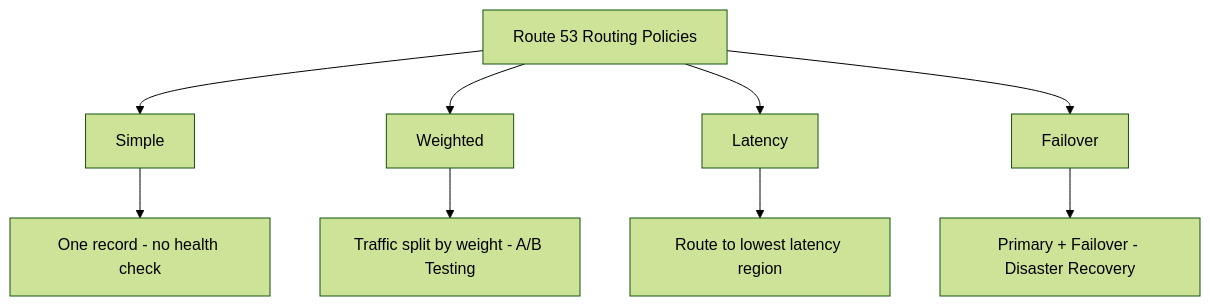
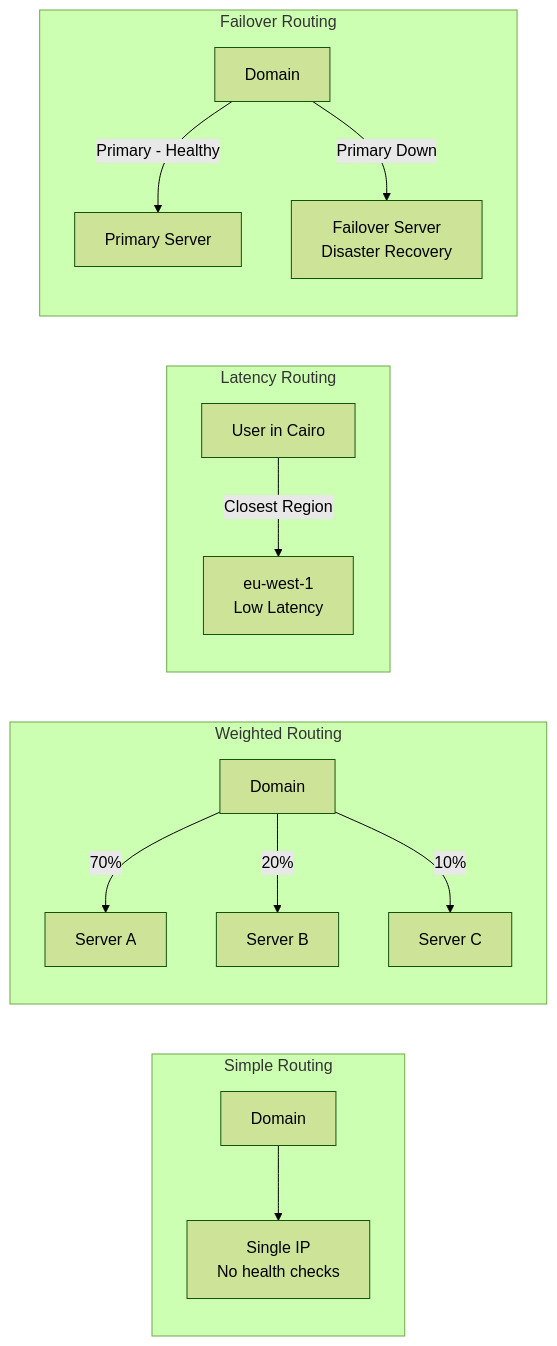
Diagram 12 of 20 in Aws practitioner/aws_domain1_cloud_concepts.md (muhammad-khaled-tech/My-Study-Notes), drawn with Mermaid (forest theme) before and after one commit. The commit also changed other lines of this file and 3 other files, not shown here.

````diff
--- a/Aws practitioner/aws_domain1_cloud_concepts.md
+++ b/Aws practitioner/aws_domain1_cloud_concepts.md
@@ -656,11 +601,18 @@
 ```mermaid
-graph TD
-    A[Route 53 Routing Policies] --> B[Simple]
-    A --> C[Weighted]
-    A --> D[Latency]
-    A --> E[Failover]
-    B --> B1[One record - no health check]
-    C --> C1[Traffic split by weight - A/B Testing]
-    D --> D1[Route to lowest latency region]
-    E --> E1[Primary + Failover - Disaster Recovery]
+flowchart LR
+    subgraph Simple["Simple Routing"]
+        S1[Domain] --> S2[Single IP<br/>No health checks]
+    end
+    subgraph Weighted["Weighted Routing"]
+        W1[Domain] -->|70%| W2[Server A]
+        W1 -->|20%| W3[Server B]
+        W1 -->|10%| W4[Server C]
+    end
+    subgraph Latency["Latency Routing"]
+        L1[User in Cairo] -->|Closest Region| L2[eu-west-1<br/>Low Latency]
+    end
+    subgraph Failover["Failover Routing"]
+        F1[Domain] -->|Primary - Healthy| F2[Primary Server]
+        F1 -->|Primary Down| F3[Failover Server<br/>Disaster Recovery]
+    end
 ```
````
